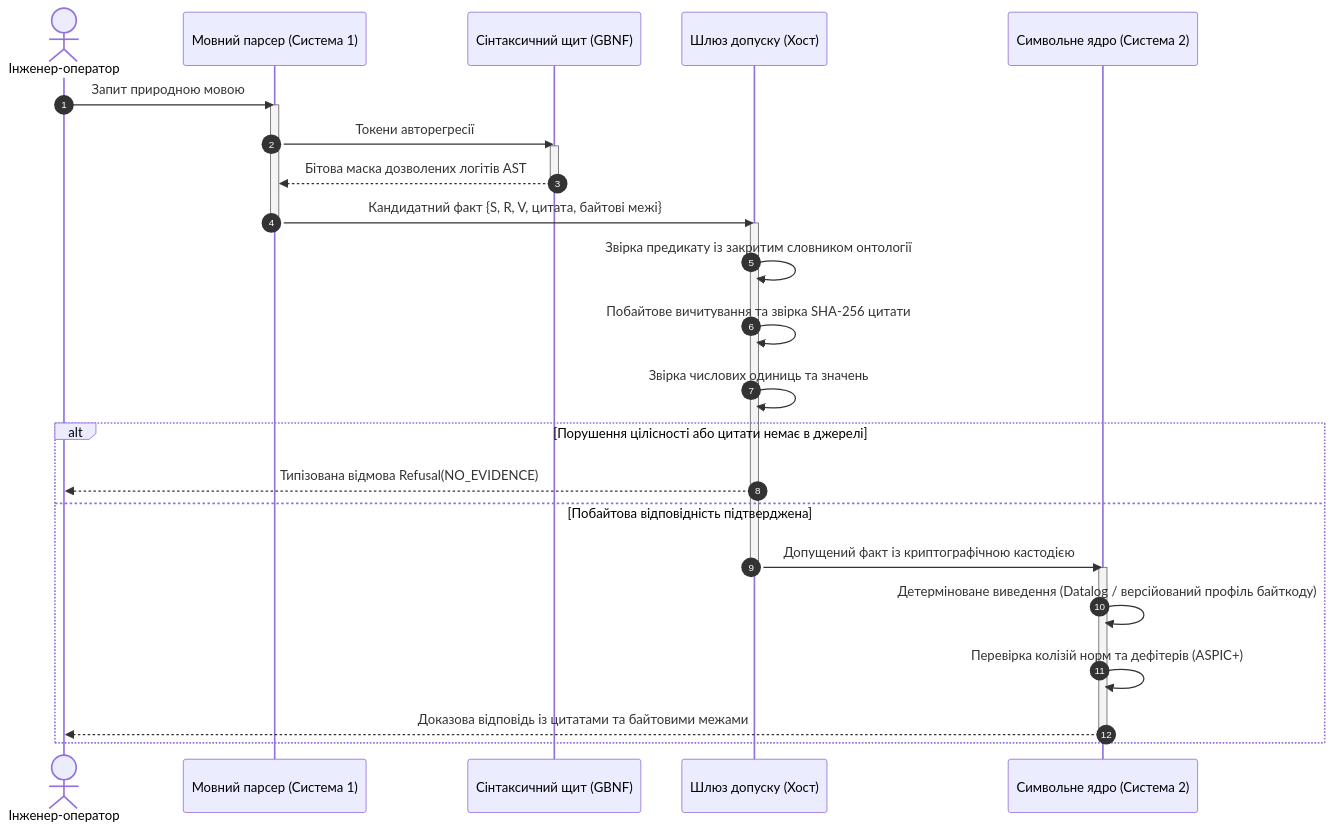
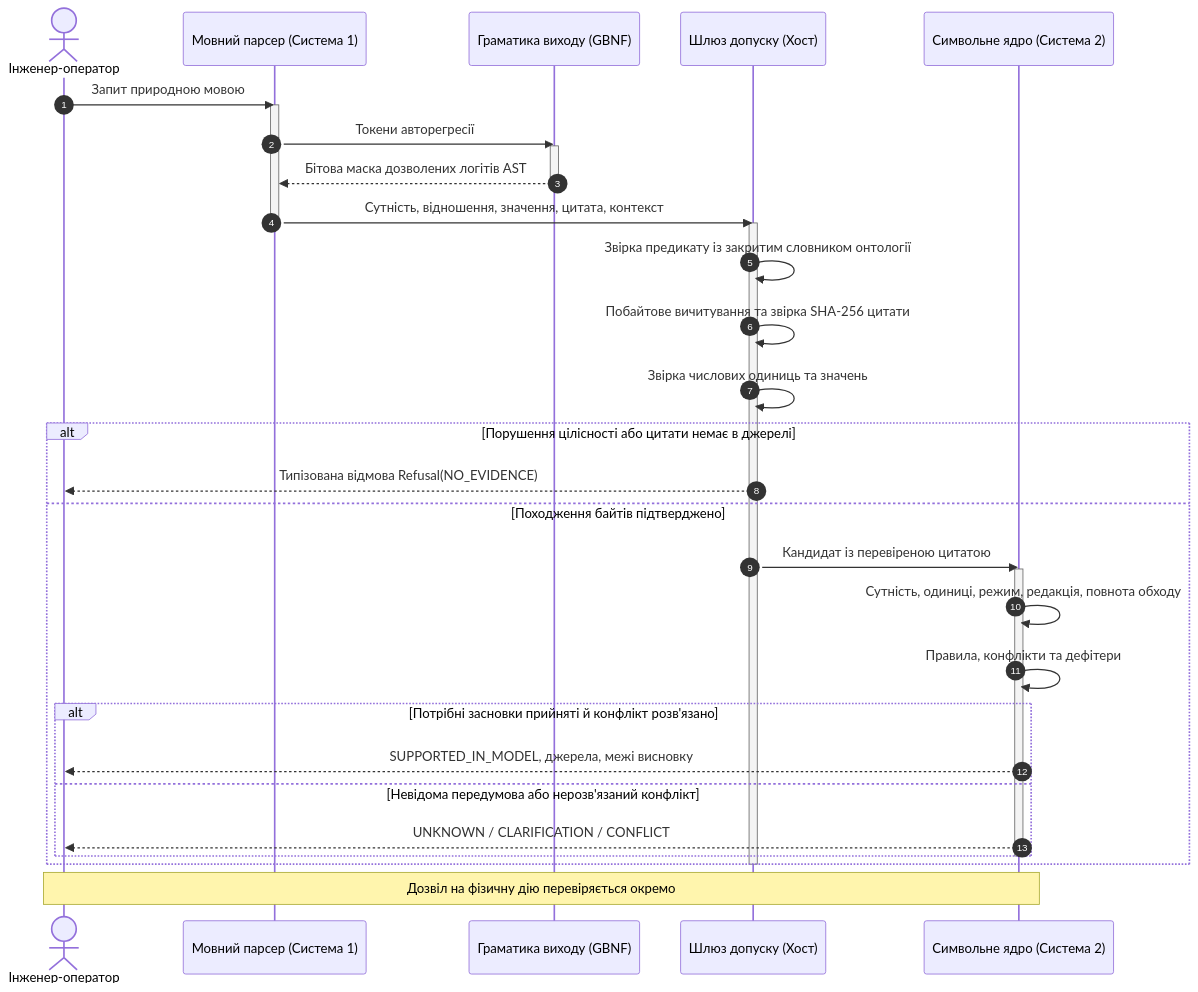
The third of 5 diagrams in ExpertSystem/ch29-neuro-symbolic-architecture.md (nick-fedchik/articles), drawn with Mermaid before and after one commit. The commit also changed other lines of this file and 7 other files, not shown here.

````diff
--- a/ExpertSystem/ch29-neuro-symbolic-architecture.md
+++ b/ExpertSystem/ch29-neuro-symbolic-architecture.md
@@ -247,35 +316,42 @@
 ```mermaid
 sequenceDiagram
+	accTitle: Послідовність перевірки кандидата про WDOG-1
+	accDescr: Граматика обмежує форму; хост перевіряє байти, ядро перевіряє зміст і застосовність та повертає підтриманий у моделі, невідомий або конфліктний результат без дозволу на дію.
     autonumber
     actor User as Інженер-оператор
     participant SLM as Мовний парсер (Система 1)
-    participant Grammar as Сінтаксичний щит (GBNF)
+	participant Grammar as Граматика виходу (GBNF)
     participant Gate as Шлюз допуску (Хост)
     participant Core as Символьне ядро (Система 2)
 
     User->>SLM: Запит природною мовою
     activate SLM
     SLM->>Grammar: Токени авторегресії
     activate Grammar
     Grammar-->>SLM: Бітова маска дозволених логітів AST
     deactivate Grammar
-    SLM->>Gate: Кандидатний факт {S, R, V, цитата, байтові межі}
+	SLM->>Gate: Сутність, відношення, значення, цитата, контекст
     deactivate SLM
 
     activate Gate
     Gate->>Gate: Звірка предикату із закритим словником онтології
     Gate->>Gate: Побайтове вичитування та звірка SHA-256 цитати
     Gate->>Gate: Звірка числових одиниць та значень
 
     alt Порушення цілісності або цитати немає в джерелі
         Gate-->>User: Типізована відмова Refusal(NO_EVIDENCE)
-    else Побайтова відповідність підтверджена
-        Gate->>Core: Допущений факт із криптографічною кастодією
-        deactivate Gate
+	else Походження байтів підтверджено
+		Gate->>Core: Кандидат із перевіреною цитатою
         activate Core
-		Core->>Core: Детерміноване виведення (Datalog / версійований профіль байткоду)
-        Core->>Core: Перевірка колізій норм та дефітерів (ASPIC+)
-        Core-->>User: Доказова відповідь із цитатами та байтовими межами
+		Core->>Core: Сутність, одиниці, режим, редакція, повнота обходу
+		Core->>Core: Правила, конфлікти та дефітери
+		alt Потрібні засновки прийняті й конфлікт розв'язано
+			Core-->>User: SUPPORTED_IN_MODEL, джерела, межі висновку
+		else Невідома передумова або нерозв'язаний конфлікт
+			Core-->>User: UNKNOWN / CLARIFICATION / CONFLICT
+		end
         deactivate Core
     end
+	deactivate Gate
+	Note over User,Core: Дозвіл на фізичну дію перевіряється окремо
 ```
````
